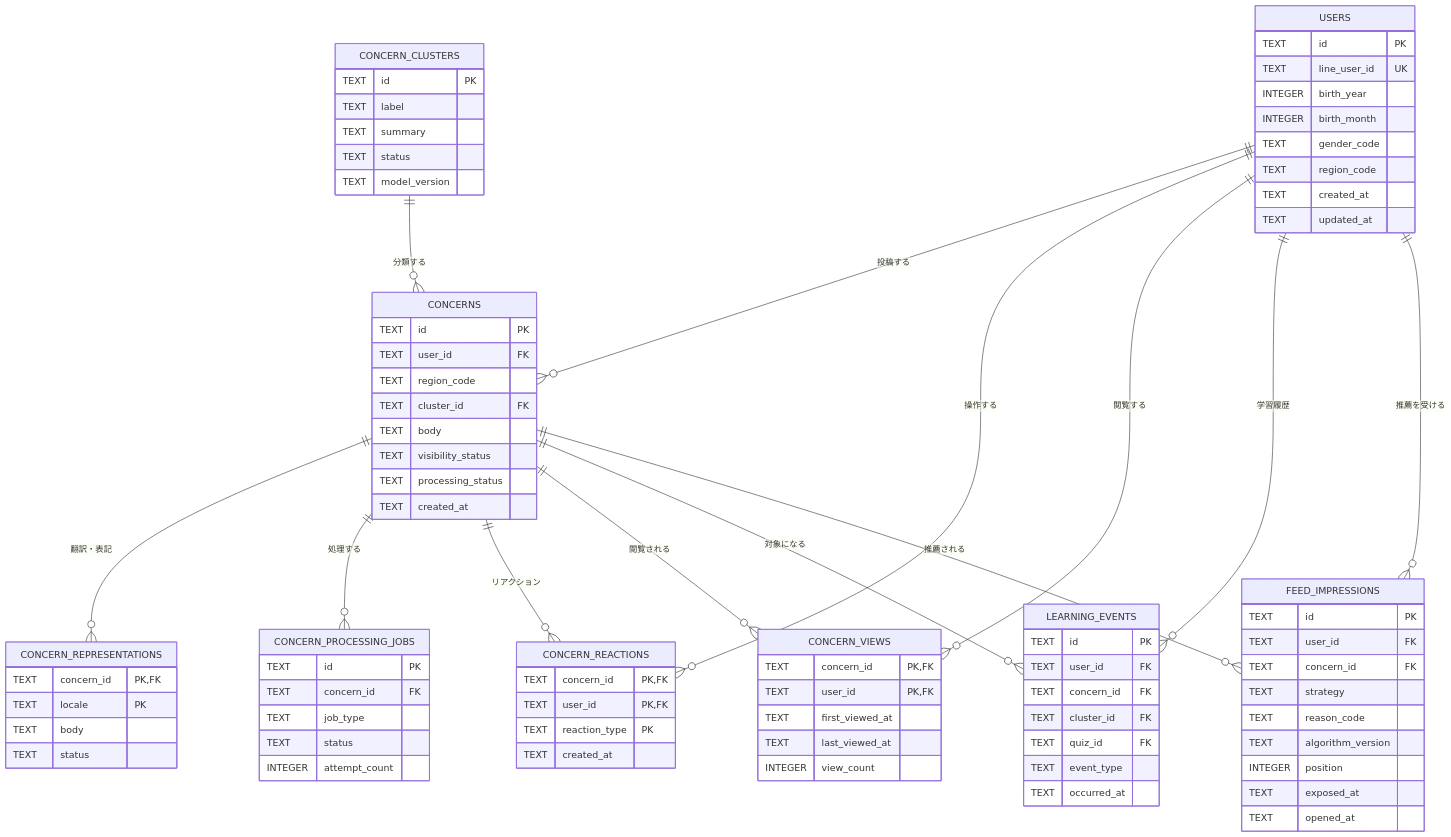
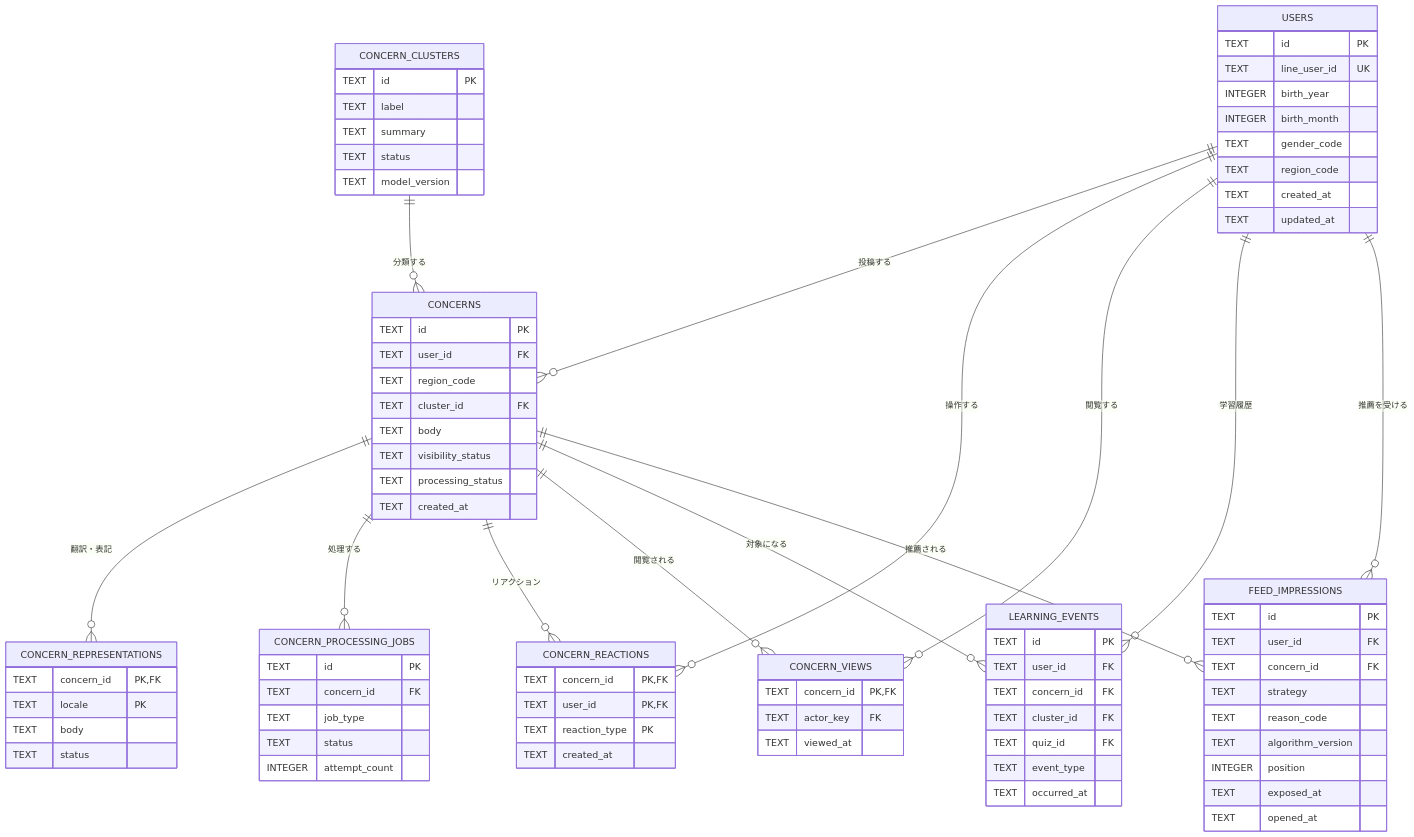
Before and after one commit to Digix00/58-Hackathon-202609: the first of 3 diagrams in docs/technical/database.md, drawn with Mermaid. The commit also changed other lines of this file and 34 other files, not shown here.

```diff
--- a/docs/technical/database.md
+++ b/docs/technical/database.md
@@ -126,10 +126,8 @@
 
   CONCERN_VIEWS {
     TEXT concern_id PK, FK
-    TEXT user_id PK, FK
-    TEXT first_viewed_at
-    TEXT last_viewed_at
-    INTEGER view_count
+    TEXT actor_key FK
+    TEXT viewed_at
   }
 
   LEARNING_EVENTS {
```
